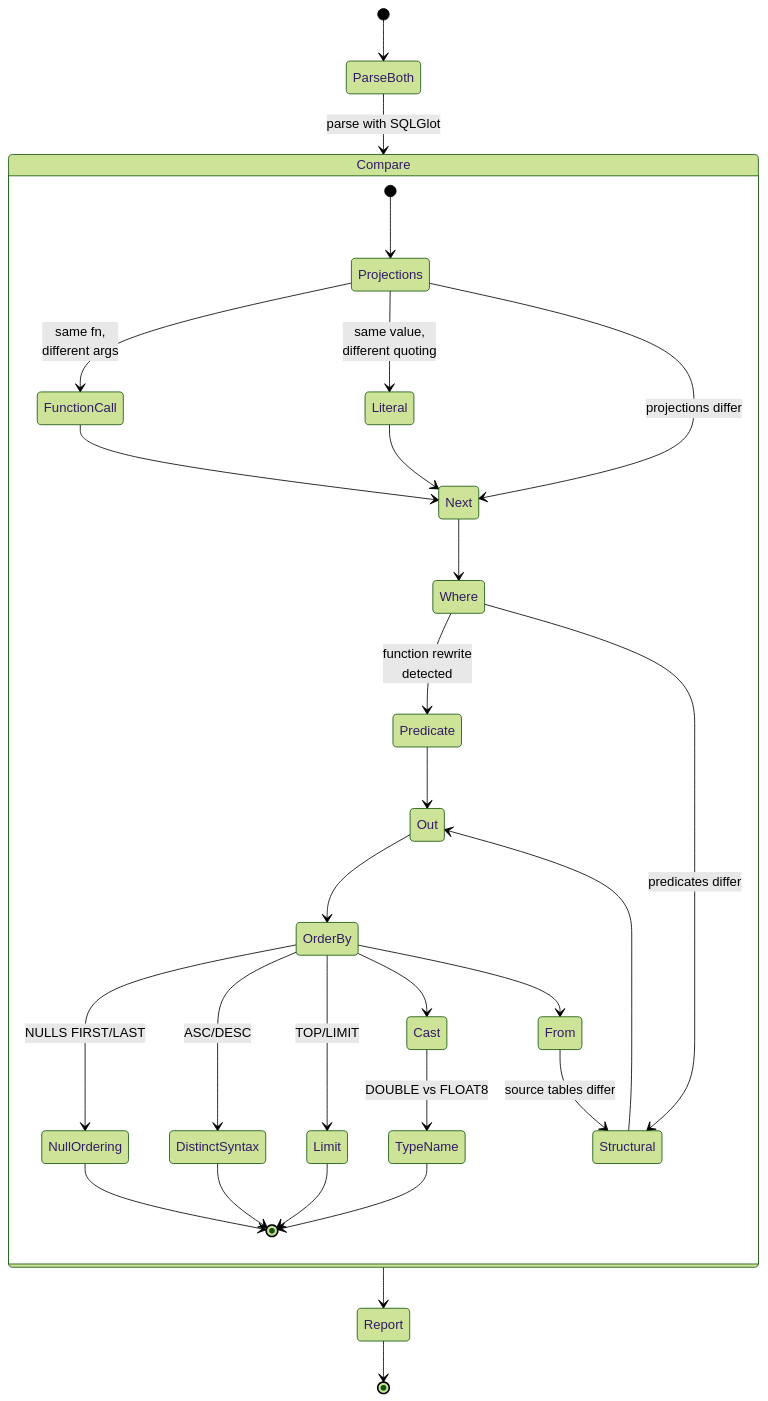
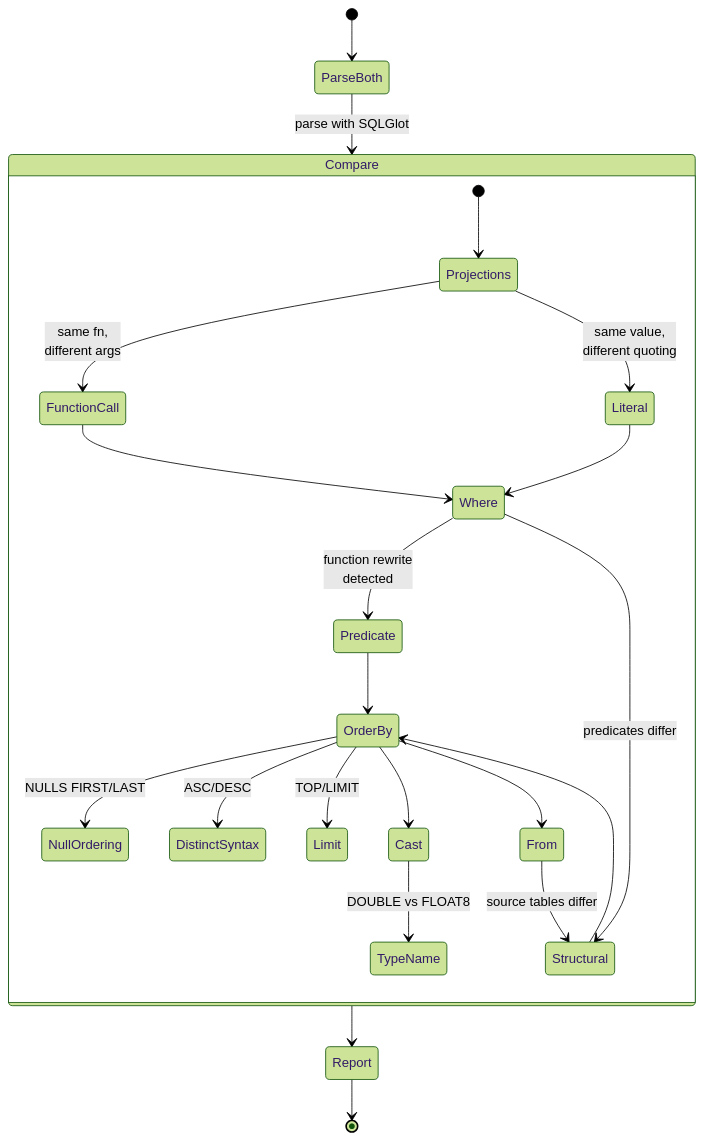
One commit to rollroyces/speaksql changed the sixth of 7 diagrams in README.md. Above: the diagram before and after it, drawn with Mermaid (forest theme). The commit also changed other lines of this file, not shown here.

First line of the commit message:
docs: rewrite README — clearer structure, embedded JOIN graph SVG, all Mermaid diagrams inline

````diff
--- a/README.md
+++ b/README.md
@@ -695,38 +579,27 @@
 ```mermaid
 stateDiagram-v2
     [*] --> ParseBoth
     ParseBoth --> Compare: parse with SQLGlot
 
     state Compare {
         [*] --> Projections
         Projections --> FunctionCall: same fn,<br/>different args
         Projections --> Literal: same value,<br/>different quoting
-        Projections --> Next: projections differ
-        FunctionCall --> Next
-        Literal --> Next
-
-        Next --> Where
+        FunctionCall --> Where
+        Literal --> Where
         Where --> Predicate: function rewrite<br/>detected
         Where --> Structural: predicates differ
-        Predicate --> Out
-        Structural --> Out
-
-        Out --> OrderBy
+        Predicate --> OrderBy
+        Structural --> OrderBy
         OrderBy --> NullOrdering: NULLS FIRST/LAST
         OrderBy --> DistinctSyntax: ASC/DESC
         OrderBy --> Limit: TOP/LIMIT
-        NullOrdering --> [*]
-        DistinctSyntax --> [*]
-        Limit --> [*]
-
         OrderBy --> Cast
         Cast --> TypeName: DOUBLE vs FLOAT8
-        TypeName --> [*]
-
         OrderBy --> From
         From --> Structural: source tables differ
     }
 
     Compare --> Report
     Report --> [*]
 ```
````
